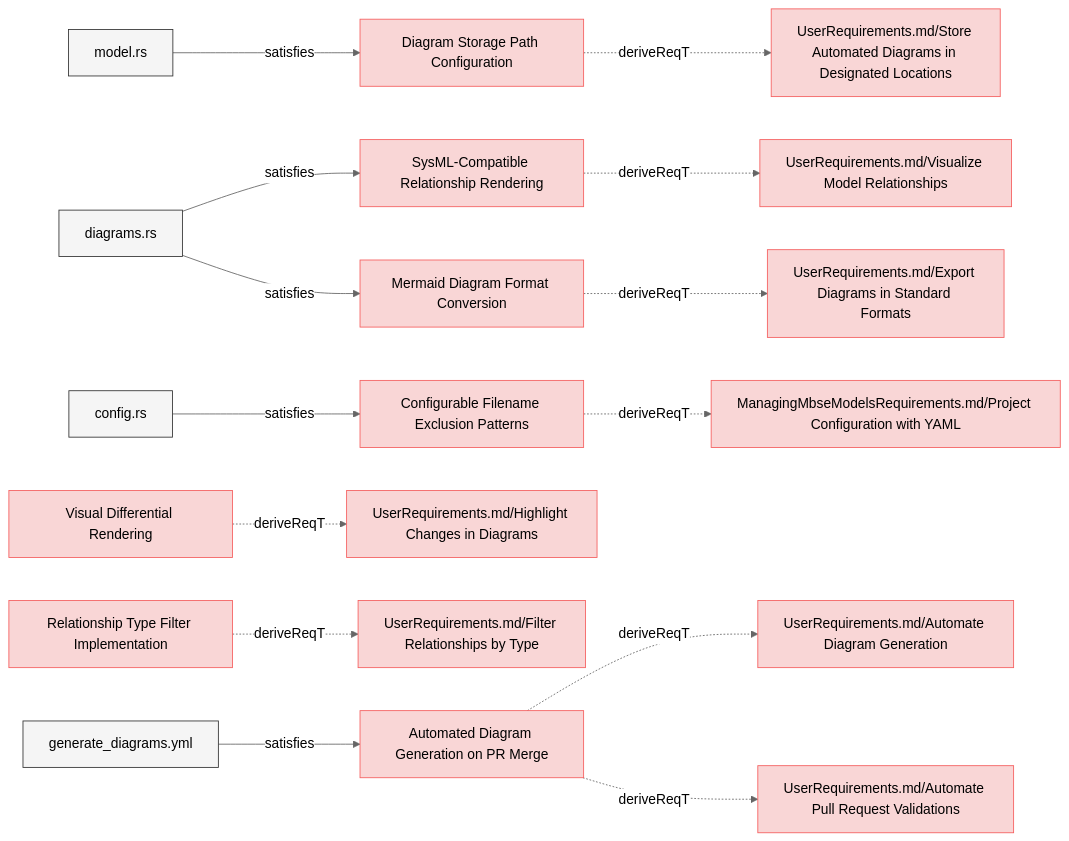
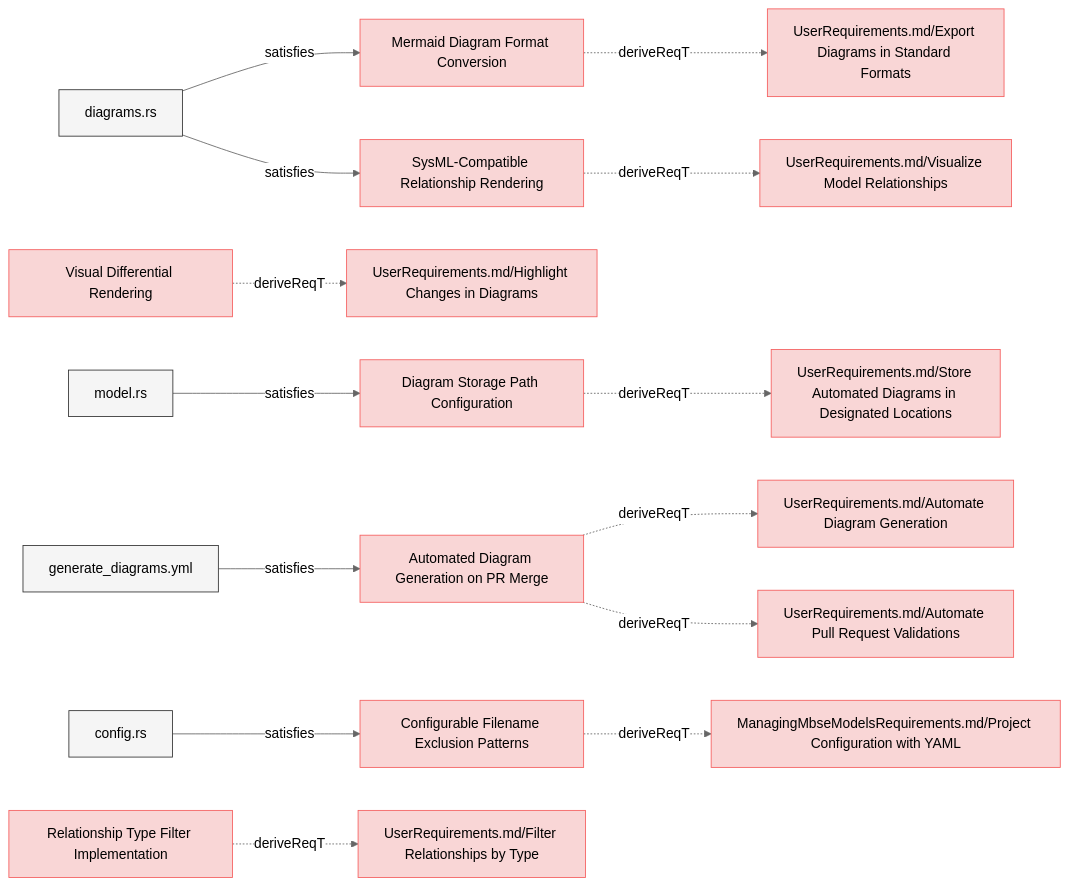
The fifth of 8 diagrams in specifications/SystemRequirements/Requirements.md (reqvire-org/reqvire), drawn with Mermaid (neutral theme) before and after one commit. The commit also changed other lines of this file and 16 other files, not shown here.

````diff
--- a/specifications/SystemRequirements/Requirements.md
+++ b/specifications/SystemRequirements/Requirements.md
@@ -507,79 +507,79 @@
 ```mermaid
 graph LR;
   %% Graph styling
   classDef requirement fill:#f9d6d6,stroke:#f55f5f,stroke-width:1px;
   classDef verification fill:#d6f9d6,stroke:#5fd75f,stroke-width:1px;
   classDef externalLink fill:#d0e0ff,stroke:#3080ff,stroke-width:1px;
   classDef default fill:#f5f5f5,stroke:#333333,stroke-width:1px;
 
+  b8208c9b1d6a312a["Mermaid Diagram Format Conversion"];
+  click b8208c9b1d6a312a "https://github.com/Reqvire/reqvire/blob/30536324899084e88969175e3613c971ffa6e108/specifications/SystemRequirements/Requirements.md#mermaid-diagram-format-conversion";
+  class b8208c9b1d6a312a requirement;
+  a0274ca0625d8493["UserRequirements.md/Export Diagrams in Standard Formats"];
+  class a0274ca0625d8493 requirement;
+  click a0274ca0625d8493 "https://github.com/Reqvire/reqvire/blob/30536324899084e88969175e3613c971ffa6e108/specifications/UserRequirements.md#export-diagrams-in-standard-formats";
+  b8208c9b1d6a312a -.->|deriveReqT| a0274ca0625d8493;
+  95f7dce6aff47396["diagrams.rs"];
+  class 95f7dce6aff47396 default;
+  click 95f7dce6aff47396 "https://github.com/Reqvire/reqvire/blob/30536324899084e88969175e3613c971ffa6e108/core/src/diagrams.rs";
+  95f7dce6aff47396 -->|satisfies| b8208c9b1d6a312a;
   cb1ad39c7552a3cd["Diagram Storage Path Configuration"];
-  click cb1ad39c7552a3cd "https://github.com/Reqvire/reqvire/blob/92e82ef235559b4819fd85d700024b79b452d8e3/specifications/SystemRequirements/Requirements.md#diagram-storage-path-configuration";
+  click cb1ad39c7552a3cd "https://github.com/Reqvire/reqvire/blob/30536324899084e88969175e3613c971ffa6e108/specifications/SystemRequirements/Requirements.md#diagram-storage-path-configuration";
   class cb1ad39c7552a3cd requirement;
   89097c1311055b72["UserRequirements.md/Store Automated Diagrams in Designated Locations"];
   class 89097c1311055b72 requirement;
-  click 89097c1311055b72 "https://github.com/Reqvire/reqvire/blob/92e82ef235559b4819fd85d700024b79b452d8e3/specifications/UserRequirements.md#store-automated-diagrams-in-designated-locations";
+  click 89097c1311055b72 "https://github.com/Reqvire/reqvire/blob/30536324899084e88969175e3613c971ffa6e108/specifications/UserRequirements.md#store-automated-diagrams-in-designated-locations";
   cb1ad39c7552a3cd -.->|deriveReqT| 89097c1311055b72;
   36fd2b1e82621caf["model.rs"];
   class 36fd2b1e82621caf default;
-  click 36fd2b1e82621caf "https://github.com/Reqvire/reqvire/blob/92e82ef235559b4819fd85d700024b79b452d8e3/core/src/model.rs";
+  click 36fd2b1e82621caf "https://github.com/Reqvire/reqvire/blob/30536324899084e88969175e3613c971ffa6e108/core/src/model.rs";
   36fd2b1e82621caf -->|satisfies| cb1ad39c7552a3cd;
+  d812c13722abb71d["Visual Differential Rendering"];
+  click d812c13722abb71d "https://github.com/Reqvire/reqvire/blob/30536324899084e88969175e3613c971ffa6e108/specifications/SystemRequirements/Requirements.md#visual-differential-rendering";
+  class d812c13722abb71d requirement;
+  ac914f743d73674e["UserRequirements.md/Highlight Changes in Diagrams"];
+  class ac914f743d73674e requirement;
+  click ac914f743d73674e "https://github.com/Reqvire/reqvire/blob/30536324899084e88969175e3613c971ffa6e108/specifications/UserRequirements.md#highlight-changes-in-diagrams";
+  d812c13722abb71d -.->|deriveReqT| ac914f743d73674e;
+  793154acc336992c["Automated Diagram Generation on PR Merge"];
+  click 793154acc336992c "https://github.com/Reqvire/reqvire/blob/30536324899084e88969175e3613c971ffa6e108/specifications/SystemRequirements/Requirements.md#automated-diagram-generation-on-pr-merge";
+  class 793154acc336992c requirement;
+  c522cf4c404bdc24["UserRequirements.md/Automate Diagram Generation"];
+  class c522cf4c404bdc24 requirement;
+  click c522cf4c404bdc24 "https://github.com/Reqvire/reqvire/blob/30536324899084e88969175e3613c971ffa6e108/specifications/UserRequirements.md#automate-diagram-generation";
+  793154acc336992c -.->|deriveReqT| c522cf4c404bdc24;
+  b41f362e18fb2449["UserRequirements.md/Automate Pull Request Validations"];
+  class b41f362e18fb2449 requirement;
+  click b41f362e18fb2449 "https://github.com/Reqvire/reqvire/blob/30536324899084e88969175e3613c971ffa6e108/specifications/UserRequirements.md#automate-pull-request-validations";
+  793154acc336992c -.->|deriveReqT| b41f362e18fb2449;
+  fdd29f919065644d["generate_diagrams.yml"];
+  class fdd29f919065644d default;
+  click fdd29f919065644d "https://github.com/Reqvire/reqvire/blob/30536324899084e88969175e3613c971ffa6e108/.github/workflows/generate_diagrams.yml";
+  fdd29f919065644d -->|satisfies| 793154acc336992c;
+  4bf74699f40f4a76["Configurable Filename Exclusion Patterns"];
+  click 4bf74699f40f4a76 "https://github.com/Reqvire/reqvire/blob/30536324899084e88969175e3613c971ffa6e108/specifications/SystemRequirements/Requirements.md#configurable-filename-exclusion-patterns";
+  class 4bf74699f40f4a76 requirement;
+  b3ef0fb91572bcf0["ManagingMbseModelsRequirements.md/Project Configuration with YAML"];
+  class b3ef0fb91572bcf0 requirement;
+  click b3ef0fb91572bcf0 "https://github.com/Reqvire/reqvire/blob/30536324899084e88969175e3613c971ffa6e108/specifications/ManagingMbseModelsRequirements.md#project-configuration-with-yaml";
+  4bf74699f40f4a76 -.->|deriveReqT| b3ef0fb91572bcf0;
+  d89f4b0d2edaac20["config.rs"];
+  class d89f4b0d2edaac20 default;
+  click d89f4b0d2edaac20 "https://github.com/Reqvire/reqvire/blob/30536324899084e88969175e3613c971ffa6e108/cli/src/config.rs";
+  d89f4b0d2edaac20 -->|satisfies| 4bf74699f40f4a76;
   5071808e4276f33a["SysML-Compatible Relationship Rendering"];
-  click 5071808e4276f33a "https://github.com/Reqvire/reqvire/blob/92e82ef235559b4819fd85d700024b79b452d8e3/specifications/SystemRequirements/Requirements.md#sysml-compatible-relationship-rendering";
+  click 5071808e4276f33a "https://github.com/Reqvire/reqvire/blob/30536324899084e88969175e3613c971ffa6e108/specifications/SystemRequirements/Requirements.md#sysml-compatible-relationship-rendering";
   class 5071808e4276f33a requirement;
   eed0b020b6ddeae1["UserRequirements.md/Visualize Model Relationships"];
   class eed0b020b6ddeae1 requirement;
-  click eed0b020b6ddeae1 "https://github.com/Reqvire/reqvire/blob/92e82ef235559b4819fd85d700024b79b452d8e3/specifications/UserRequirements.md#visualize-model-relationships";
+  click eed0b020b6ddeae1 "https://github.com/Reqvire/reqvire/blob/30536324899084e88969175e3613c971ffa6e108/specifications/UserRequirements.md#visualize-model-relationships";
   5071808e4276f33a -.->|deriveReqT| eed0b020b6ddeae1;
-  95f7dce6aff47396["diagrams.rs"];
-  class 95f7dce6aff47396 default;
-  click 95f7dce6aff47396 "https://github.com/Reqvire/reqvire/blob/92e82ef235559b4819fd85d700024b79b452d8e3/core/src/diagrams.rs";
   95f7dce6aff47396 -->|satisfies| 5071808e4276f33a;
-  b8208c9b1d6a312a["Mermaid Diagram Format Conversion"];
-  click b8208c9b1d6a312a "https://github.com/Reqvire/reqvire/blob/92e82ef235559b4819fd85d700024b79b452d8e3/specifications/SystemRequirements/Requirements.md#mermaid-diagram-format-conversion";
-  class b8208c9b1d6a312a requirement;
-  a0274ca0625d8493["UserRequirements.md/Export Diagrams in Standard Formats"];
-  class a0274ca0625d8493 requirement;
-  click a0274ca0625d8493 "https://github.com/Reqvire/reqvire/blob/92e82ef235559b4819fd85d700024b79b452d8e3/specifications/UserRequirements.md#export-diagrams-in-standard-formats";
-  b8208c9b1d6a312a -.->|deriveReqT| a0274ca0625d8493;
-  95f7dce6aff47396 -->|satisfies| b8208c9b1d6a312a;
-  4bf74699f40f4a76["Configurable Filename Exclusion Patterns"];
-  click 4bf74699f40f4a76 "https://github.com/Reqvire/reqvire/blob/92e82ef235559b4819fd85d700024b79b452d8e3/specifications/SystemRequirements/Requirements.md#configurable-filename-exclusion-patterns";
-  class 4bf74699f40f4a76 requirement;
-  b3ef0fb91572bcf0["ManagingMbseModelsRequirements.md/Project Configuration with YAML"];
-  class b3ef0fb91572bcf0 requirement;
-  click b3ef0fb91572bcf0 "https://github.com/Reqvire/reqvire/blob/92e82ef235559b4819fd85d700024b79b452d8e3/specifications/ManagingMbseModelsRequirements.md#project-configuration-with-yaml";
-  4bf74699f40f4a76 -.->|deriveReqT| b3ef0fb91572bcf0;
-  d89f4b0d2edaac20["config.rs"];
-  class d89f4b0d2edaac20 default;
-  click d89f4b0d2edaac20 "https://github.com/Reqvire/reqvire/blob/92e82ef235559b4819fd85d700024b79b452d8e3/cli/src/config.rs";
-  d89f4b0d2edaac20 -->|satisfies| 4bf74699f40f4a76;
-  d812c13722abb71d["Visual Differential Rendering"];
-  click d812c13722abb71d "https://github.com/Reqvire/reqvire/blob/92e82ef235559b4819fd85d700024b79b452d8e3/specifications/SystemRequirements/Requirements.md#visual-differential-rendering";
-  class d812c13722abb71d requirement;
-  ac914f743d73674e["UserRequirements.md/Highlight Changes in Diagrams"];
-  class ac914f743d73674e requirement;
-  click ac914f743d73674e "https://github.com/Reqvire/reqvire/blob/92e82ef235559b4819fd85d700024b79b452d8e3/specifications/UserRequirements.md#highlight-changes-in-diagrams";
-  d812c13722abb71d -.->|deriveReqT| ac914f743d73674e;
   bd72564894314bf6["Relationship Type Filter Implementation"];
-  click bd72564894314bf6 "https://github.com/Reqvire/reqvire/blob/92e82ef235559b4819fd85d700024b79b452d8e3/specifications/SystemRequirements/Requirements.md#relationship-type-filter-implementation";
+  click bd72564894314bf6 "https://github.com/Reqvire/reqvire/blob/30536324899084e88969175e3613c971ffa6e108/specifications/SystemRequirements/Requirements.md#relationship-type-filter-implementation";
   class bd72564894314bf6 requirement;
   66e9d8186acafd13["UserRequirements.md/Filter Relationships by Type"];
   class 66e9d8186acafd13 requirement;
-  click 66e9d8186acafd13 "https://github.com/Reqvire/reqvire/blob/92e82ef235559b4819fd85d700024b79b452d8e3/specifications/UserRequirements.md#filter-relationships-by-type";
+  click 66e9d8186acafd13 "https://github.com/Reqvire/reqvire/blob/30536324899084e88969175e3613c971ffa6e108/specifications/UserRequirements.md#filter-relationships-by-type";
   bd72564894314bf6 -.->|deriveReqT| 66e9d8186acafd13;
-  793154acc336992c["Automated Diagram Generation on PR Merge"];
-  click 793154acc336992c "https://github.com/Reqvire/reqvire/blob/92e82ef235559b4819fd85d700024b79b452d8e3/specifications/SystemRequirements/Requirements.md#automated-diagram-generation-on-pr-merge";
-  class 793154acc336992c requirement;
-  c522cf4c404bdc24["UserRequirements.md/Automate Diagram Generation"];
-  class c522cf4c404bdc24 requirement;
-  click c522cf4c404bdc24 "https://github.com/Reqvire/reqvire/blob/92e82ef235559b4819fd85d700024b79b452d8e3/specifications/UserRequirements.md#automate-diagram-generation";
-  793154acc336992c -.->|deriveReqT| c522cf4c404bdc24;
-  b41f362e18fb2449["UserRequirements.md/Automate Pull Request Validations"];
-  class b41f362e18fb2449 requirement;
-  click b41f362e18fb2449 "https://github.com/Reqvire/reqvire/blob/92e82ef235559b4819fd85d700024b79b452d8e3/specifications/UserRequirements.md#automate-pull-request-validations";
-  793154acc336992c -.->|deriveReqT| b41f362e18fb2449;
-  fdd29f919065644d["generate_diagrams.yml"];
-  class fdd29f919065644d default;
-  click fdd29f919065644d "https://github.com/Reqvire/reqvire/blob/92e82ef235559b4819fd85d700024b79b452d8e3/.github/workflows/generate_diagrams.yml";
-  fdd29f919065644d -->|satisfies| 793154acc336992c;
 ```
````
